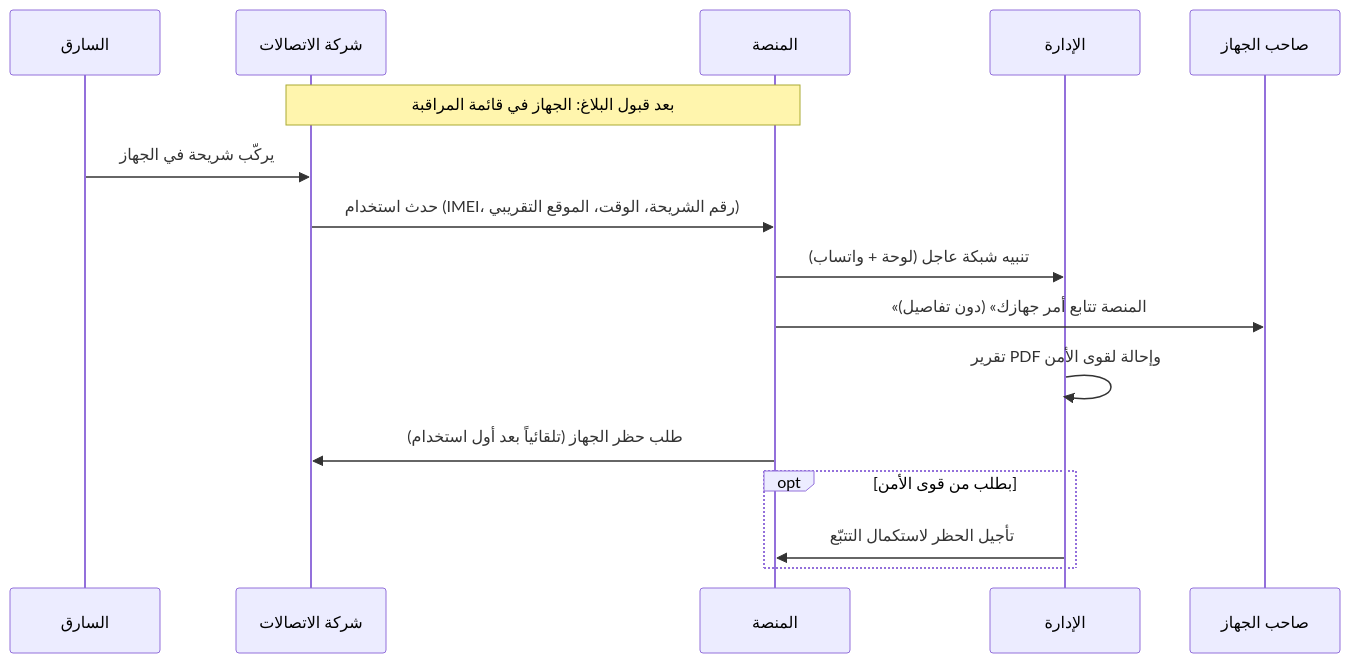
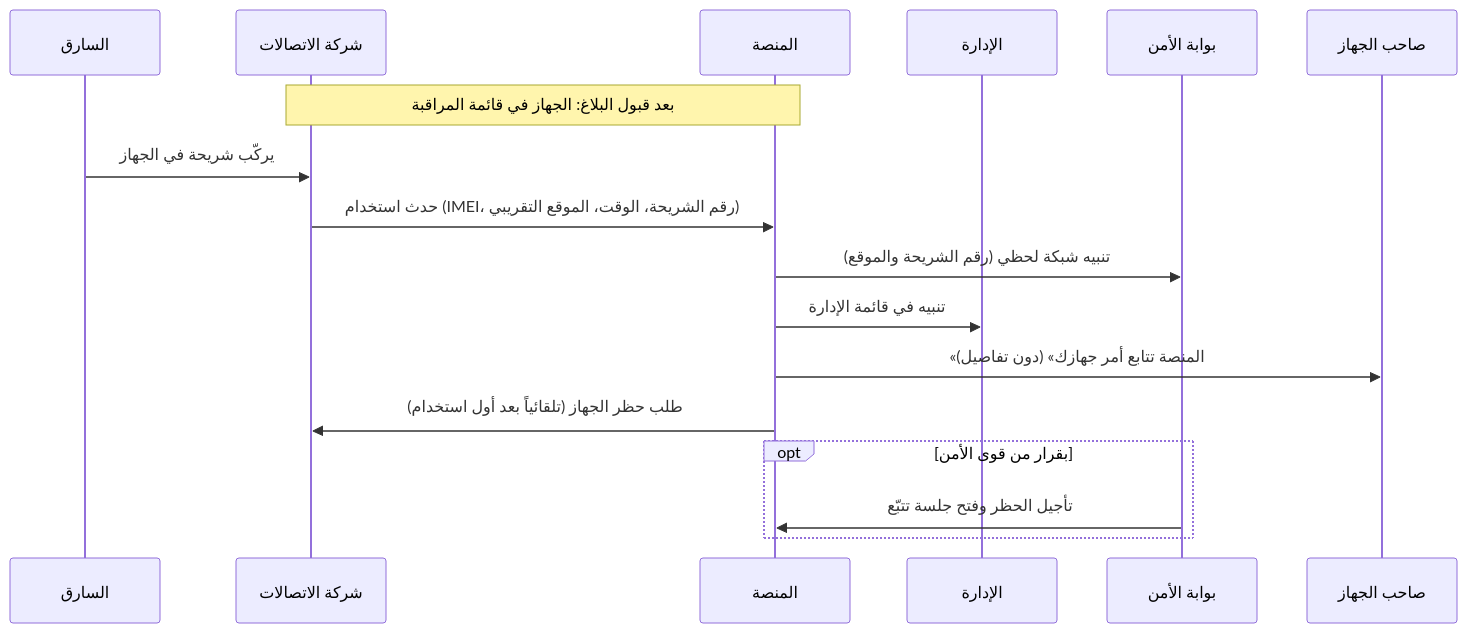
One commit to servacode/imei changed the third of 3 diagrams in docs/05-user-journeys.md. Above: the diagram before and after it, drawn with Mermaid. The commit also changed other lines of this file and 15 other files, not shown here.

````diff
--- a/docs/05-user-journeys.md
+++ b/docs/05-user-journeys.md
@@ -149,18 +150,19 @@
 ```mermaid
 sequenceDiagram
     participant T as السارق
     participant N as شركة الاتصالات
     participant P as المنصة
     participant A as الإدارة
+    participant Q as بوابة الأمن
     participant O as صاحب الجهاز
     Note over P,N: بعد قبول البلاغ: الجهاز في قائمة المراقبة
     T->>N: يركّب شريحة في الجهاز
     N->>P: حدث استخدام (IMEI، رقم الشريحة، الوقت، الموقع التقريبي)
-    P->>A: تنبيه شبكة عاجل (لوحة + واتساب)
+    P->>Q: تنبيه شبكة لحظي (رقم الشريحة والموقع)
+    P->>A: تنبيه في قائمة الإدارة
     P->>O: «المنصة تتابع أمر جهازك» (دون تفاصيل)
-    A->>A: تقرير PDF وإحالة لقوى الأمن
     P->>N: طلب حظر الجهاز (تلقائياً بعد أول استخدام)
-    opt بطلب من قوى الأمن
-        A->>P: تأجيل الحظر لاستكمال التتبّع
+    opt بقرار من قوى الأمن
+        Q->>P: تأجيل الحظر وفتح جلسة تتبّع
     end
 ```
````
